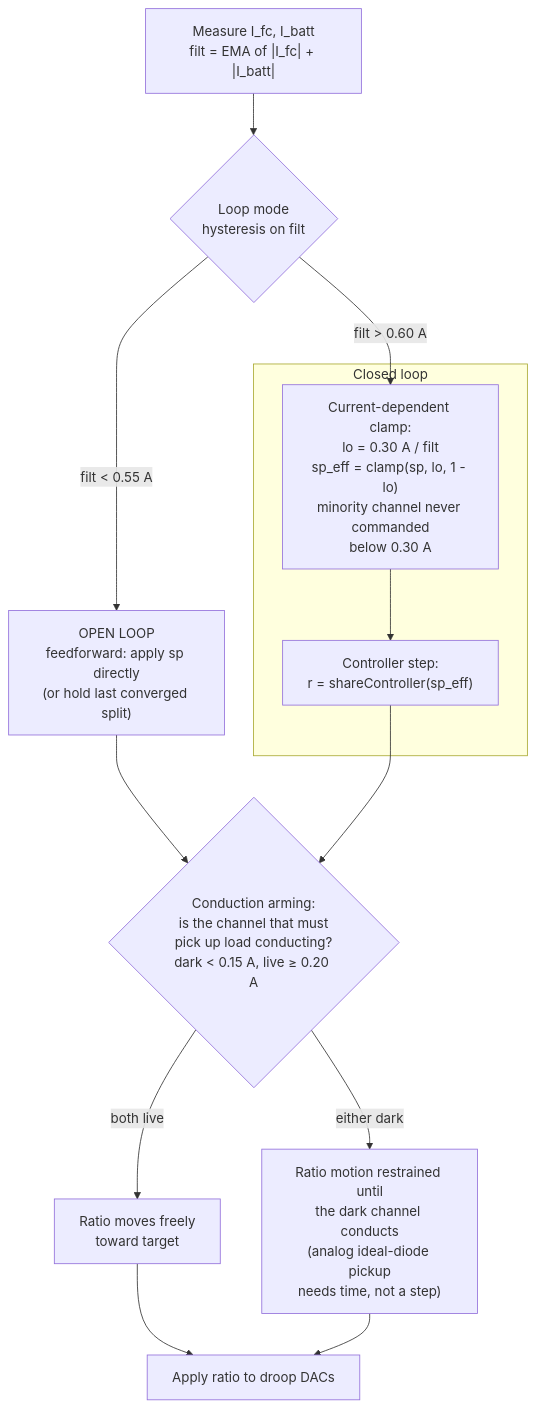
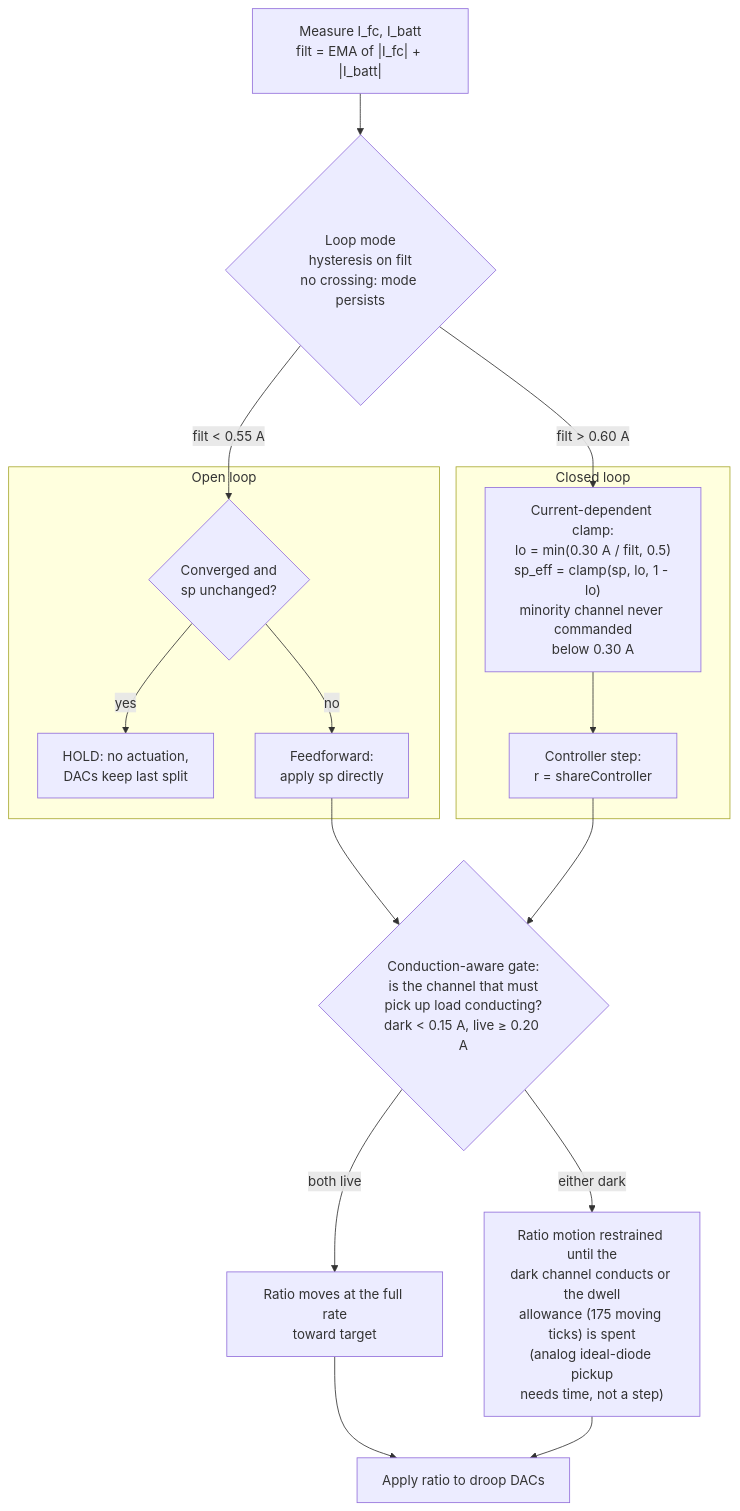
Before and after one commit to Tangineering/DC-Balancer-Board-Teensy: the first of 4 diagrams in docs/governor_whitepaper.md, drawn with Mermaid. The commit also changed other lines of this file, not shown here.

````diff
--- a/docs/governor_whitepaper.md
+++ b/docs/governor_whitepaper.md
@@ -296,20 +299,24 @@
 ```mermaid
 flowchart TD
-    IN["Measure I_fc, I_batt<br/>filt = EMA of |I_fc| + |I_batt|"] --> M{Loop mode<br/>hysteresis on filt}
-
-    M -->|"filt &gt; 0.60 A"| CLAMP
-    M -->|"filt &lt; 0.55 A"| OL["OPEN LOOP<br/>feedforward: apply sp directly<br/>(or hold last converged split)"]
-
     subgraph CL [Closed loop]
-        CLAMP["Current-dependent clamp:<br/>lo = 0.30 A / filt<br/>sp_eff = clamp(sp, lo, 1 - lo)<br/>minority channel never commanded<br/>below 0.30 A"] --> STEP["Controller step:<br/>r = shareController(sp_eff)"]
+        CLAMP["Current-dependent clamp:<br/>lo = min(0.30 A / filt, 0.5)<br/>sp_eff = clamp(sp, lo, 1 - lo)<br/>minority channel never commanded<br/>below 0.30 A"] --> STEP["Controller step:<br/>r = shareController"]
     end
 
-    OL --> COND
+    subgraph OL [Open loop]
+        OLQ{Converged and<br/>sp unchanged?} -->|yes| HOLD["HOLD: no actuation,<br/>DACs keep last split"]
+        OLQ -->|no| FF["Feedforward:<br/>apply sp directly"]
+    end
+
+    IN["Measure I_fc, I_batt<br/>filt = EMA of |I_fc| + |I_batt|"] --> M{Loop mode<br/>hysteresis on filt<br/>no crossing: mode persists}
+    M -->|"filt &gt; 0.60 A"| CLAMP
+    M -->|"filt &lt; 0.55 A"| OLQ
+
+    FF --> COND
     STEP --> COND
 
-    COND{Conduction arming:<br/>is the channel that must<br/>pick up load conducting?<br/>dark &lt; 0.15 A, live &ge; 0.20 A} -->|both live| FAST["Ratio moves freely<br/>toward target"]
-    COND -->|either dark| SLOW["Ratio motion restrained until<br/>the dark channel conducts<br/>(analog ideal-diode pickup<br/>needs time, not a step)"]
+    COND{Conduction-aware gate:<br/>is the channel that must<br/>pick up load conducting?<br/>dark &lt; 0.15 A, live &ge; 0.20 A} -->|both live| FAST["Ratio moves at the full rate<br/>toward target"]
+    COND -->|either dark| SLOW["Ratio motion restrained until the<br/>dark channel conducts or the dwell<br/>allowance (175 moving ticks) is spent<br/>(analog ideal-diode pickup<br/>needs time, not a step)"]
 
     FAST --> ACT["Apply ratio to droop DACs"]
     SLOW --> ACT
 ```
````
